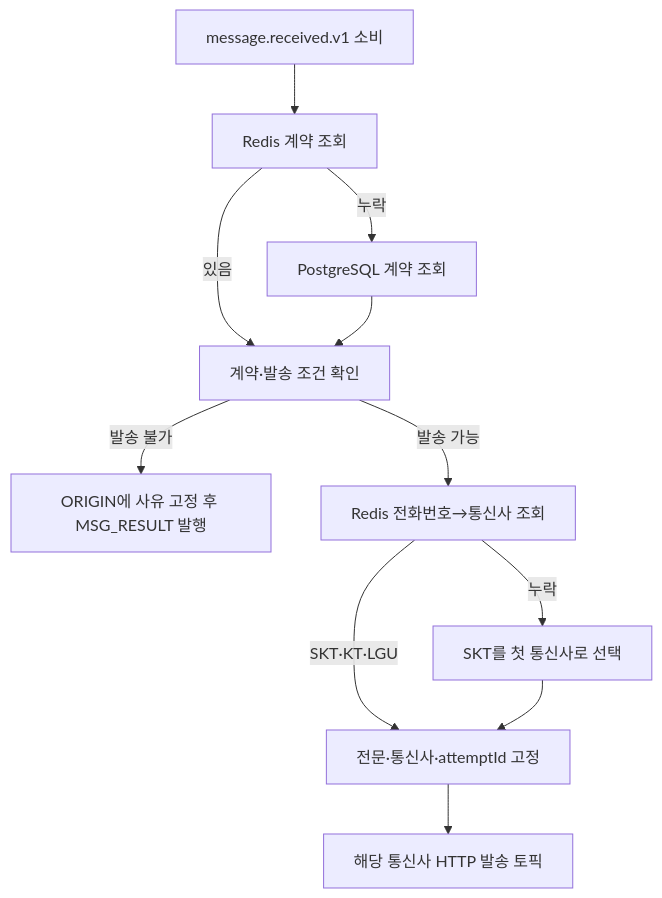
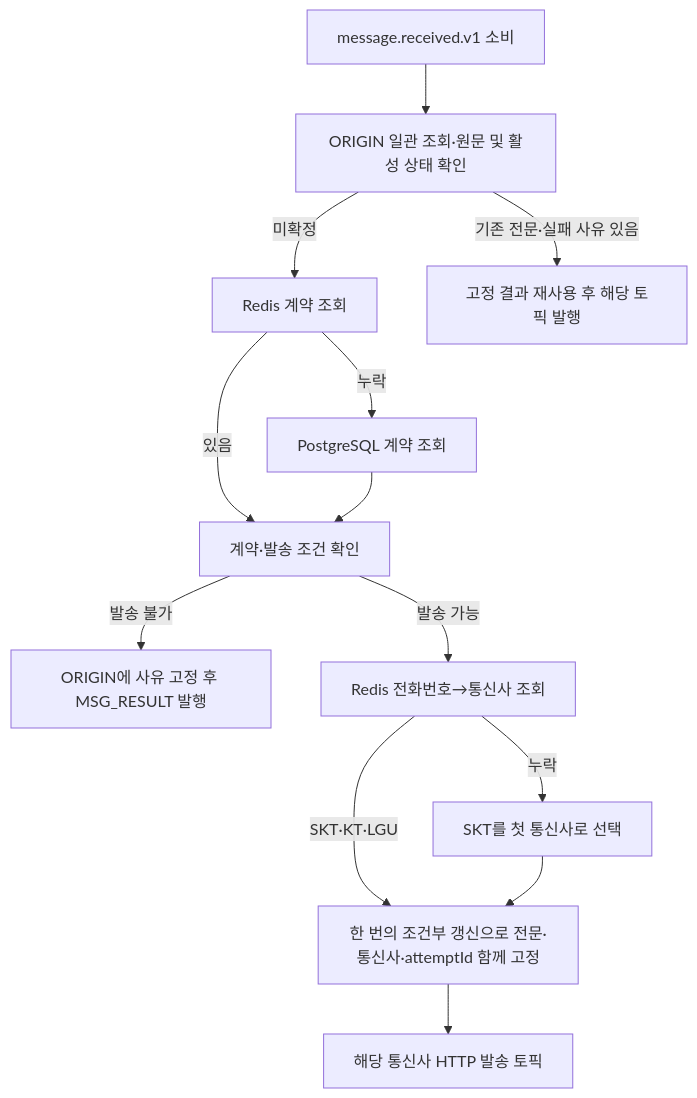
Before and after one commit to hyun-seung/High-throughput-event-platform: the fourth of 10 diagrams in docs/53-신규-메시지-케이스별-Call-Flow.md, drawn with Mermaid. The commit also changed other lines of this file and 10 other files, not shown here.

````diff
--- a/docs/53-신규-메시지-케이스별-Call-Flow.md
+++ b/docs/53-신규-메시지-케이스별-Call-Flow.md
@@ -158,13 +158,15 @@
 ```mermaid
 flowchart TD
-    E[message.received.v1 소비] --> C[Redis 계약 조회]
+    E[message.received.v1 소비] --> O[ORIGIN 일관 조회·원문 및 활성 상태 확인]
+    O -->|미확정| C[Redis 계약 조회]
+    O -->|기존 전문·실패 사유 있음| R[고정 결과 재사용 후 해당 토픽 발행]
     C -->|누락| P[PostgreSQL 계약 조회]
     C -->|있음| V[계약·발송 조건 확인]
     P --> V
     V -->|발송 불가| F[ORIGIN에 사유 고정 후 MSG_RESULT 발행]
     V -->|발송 가능| N[Redis 전화번호→통신사 조회]
-    N -->|SKT·KT·LGU| B[전문·통신사·attemptId 고정]
+    N -->|SKT·KT·LGU| B[한 번의 조건부 갱신으로 전문·통신사·attemptId 함께 고정]
     B --> T[해당 통신사 HTTP 발송 토픽]
     N -->|누락| S[SKT를 첫 통신사로 선택]
     S --> B
 ```
````
